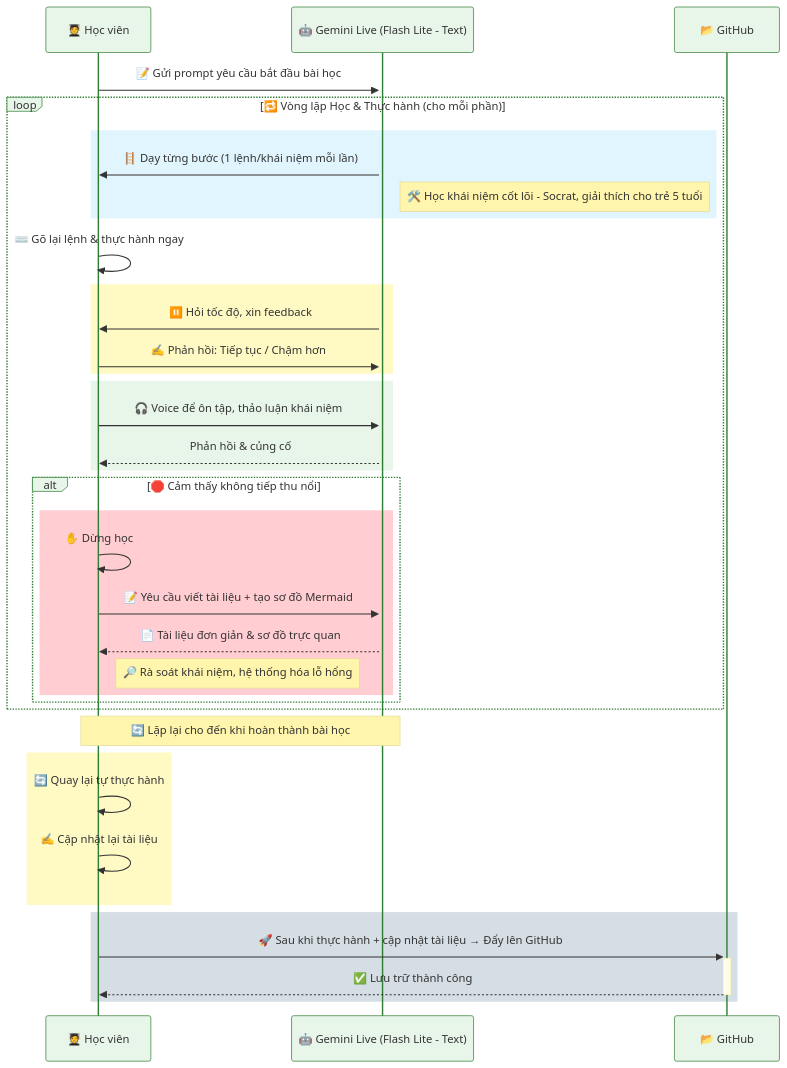
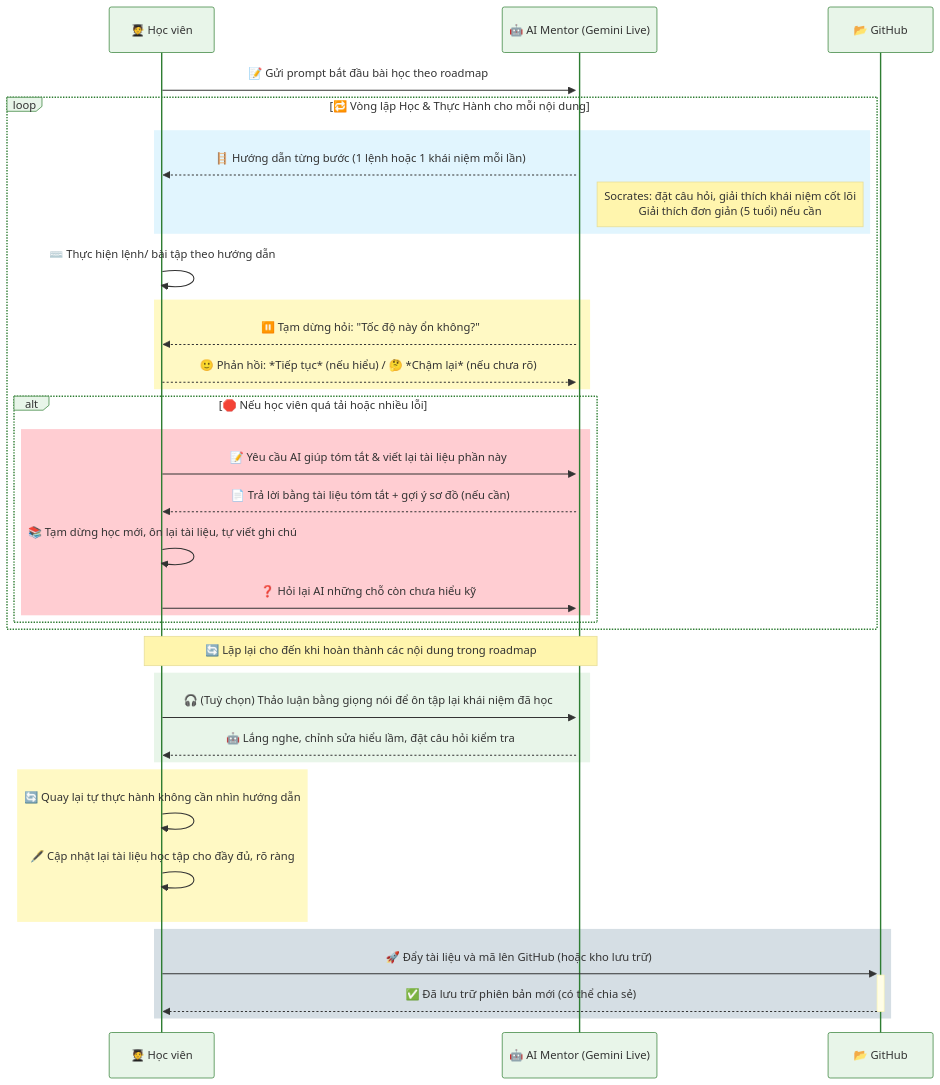
The third of 9 diagrams in README.md (khanhnk-phuctho/lifelong-learning), drawn with Mermaid before and after one commit. The commit also changed other lines of this file, not shown here.

````diff
--- a/README.md
+++ b/README.md
@@ -187,54 +191,51 @@
 ```mermaid
-%%{
-  init: {
-    "theme": "base",
-    "themeVariables": {
-      "background": "#f5f5f5",
-      "primaryColor": "#e8f5e9",
-      "secondaryColor": "#fffde7",
-      "tertiaryColor": "#ffebee",
-      "actorBorder": "#2e7d32",
-      "messageTextColor": "#1b5e20"
-    }
-  }
-}%%
+%%{init: {
+        'theme': 'base',
+        'themeVariables': {
+          'background': '#f5f5f5',
+          'primaryColor': '#e8f5e9',
+          'secondaryColor': '#fffde7',
+          'tertiaryColor': '#ffebee',
+          'actorBorder': '#2e7d32',
+          'messageTextColor': '#1b5e20'
+        }
+      }}%%
 sequenceDiagram
     participant HV as 🧑‍🎓 Học viên
-    participant GL as 🤖 Gemini Live (Flash Lite - Text)
+    participant AI as 🤖 AI Mentor (Gemini Live)
     participant GH as 📂 GitHub
-    HV->>+GL: 📝 Gửi prompt yêu cầu bắt đầu bài học
-    loop 🔁 Vòng lặp Học & Thực hành (cho mỗi phần)
-       
+    HV->>+AI: 📝 Gửi prompt bắt đầu bài học theo roadmap
+    loop 🔁 Vòng lặp Học & Thực Hành cho mỗi nội dung
         rect rgb(225, 245, 254)
-            GL->>HV: 🪜 Dạy từng bước (1 lệnh/khái niệm mỗi lần)
-            Note right of GL: 🛠️ Học khái niệm cốt lõi - Socrat, giải thích cho trẻ 5 tuổi
+            AI-->>HV: 🪜 Hướng dẫn từng bước (1 lệnh hoặc 1 khái niệm mỗi lần)
+            Note right of AI: Socrates: đặt câu hỏi, giải thích khái niệm cốt lõi<br/>Giải thích đơn giản (5 tuổi) nếu cần
         end
-        HV->>HV: ⌨️ Gõ lại lệnh & thực hành ngay
+        HV->>HV: ⌨️ Thực hiện lệnh/ bài tập theo hướng dẫn
         rect rgb(255, 249, 196)
-            GL->>HV: ⏸️ Hỏi tốc độ, xin feedback
-            HV->>GL: ✍️ Phản hồi: Tiếp tục / Chậm hơn
+            AI-->>HV: ⏸️ Tạm dừng hỏi: "Tốc độ này ổn không?"
+            HV-->>AI: 🙂 Phản hồi: *Tiếp tục* (nếu hiểu) / 🤔 *Chậm lại* (nếu chưa rõ)
         end
-        rect rgb(232, 245, 233)
-            HV->>GL: 🎧 Voice để ôn tập, thảo luận khái niệm
-            GL-->>HV: Phản hồi & củng cố
-        end
-        alt 🛑 Cảm thấy không tiếp thu nổi
+        alt 🛑 Nếu học viên quá tải hoặc nhiều lỗi
             rect rgb(255, 205, 210)
-                HV->>HV: ✋ Dừng học
-                HV->>GL: 📝 Yêu cầu viết tài liệu + tạo sơ đồ Mermaid
-                GL-->>HV: 📄 Tài liệu đơn giản & sơ đồ trực quan
-                Note right of HV: 🔎 Rà soát khái niệm, hệ thống hóa lỗ hổng
+                HV->>AI: 📝 Yêu cầu AI giúp tóm tắt & viết lại tài liệu phần này
+                AI-->>HV: 📄 Trả lời bằng tài liệu tóm tắt + gợi ý sơ đồ (nếu cần)
+                HV->>HV: 📚 Tạm dừng học mới, ôn lại tài liệu, tự viết ghi chú
+                HV->>AI: ❓ Hỏi lại AI những chỗ còn chưa hiểu kỹ
             end
         end
     end
-   
-    Note over HV,GL: 🔄 Lặp lại cho đến khi hoàn thành bài học
+    Note over HV,AI: 🔄 Lặp lại cho đến khi hoàn thành các nội dung trong roadmap
+    rect rgb(232, 245, 233)
+        HV->>AI: 🎧 (Tuỳ chọn) Thảo luận bằng giọng nói để ôn tập lại khái niệm đã học
+        AI-->>HV: 🤖 Lắng nghe, chỉnh sửa hiểu lầm, đặt câu hỏi kiểm tra
+    end
     rect rgb(255, 249, 196)
-        HV->>HV: 🔄 Quay lại tự thực hành
-        HV->>HV: ✍️ Cập nhật lại tài liệu
+        HV->>HV: 🔄 Quay lại tự thực hành không cần nhìn hướng dẫn
+        HV->>HV: 🖋️ Cập nhật lại tài liệu học tập cho đầy đủ, rõ ràng
     end
     rect rgb(213, 222, 228)
-        HV->>+GH: 🚀 Sau khi thực hành + cập nhật tài liệu → Đẩy lên GitHub
-        GH-->>-HV: ✅ Lưu trữ thành công
+        HV->>+GH: 🚀 Đẩy tài liệu và mã lên GitHub (hoặc kho lưu trữ)
+        GH-->>-HV: ✅ Đã lưu trữ phiên bản mới (có thể chia sẻ)
     end
+
 ```
````
